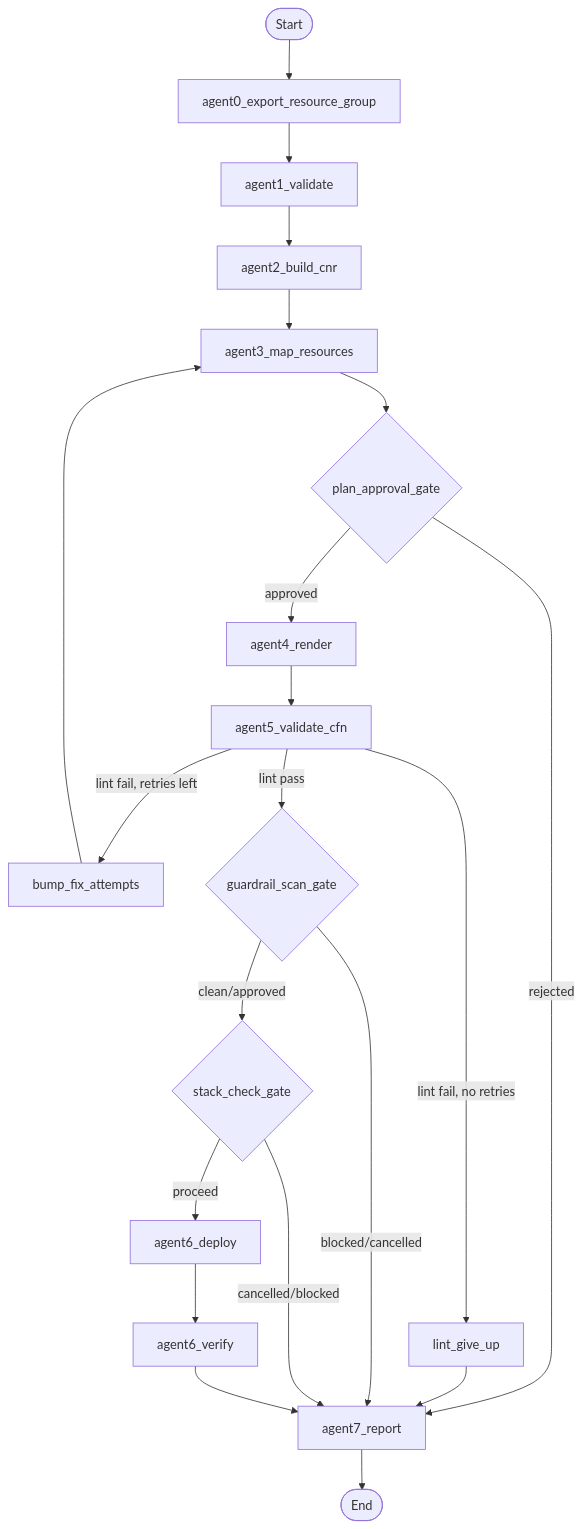
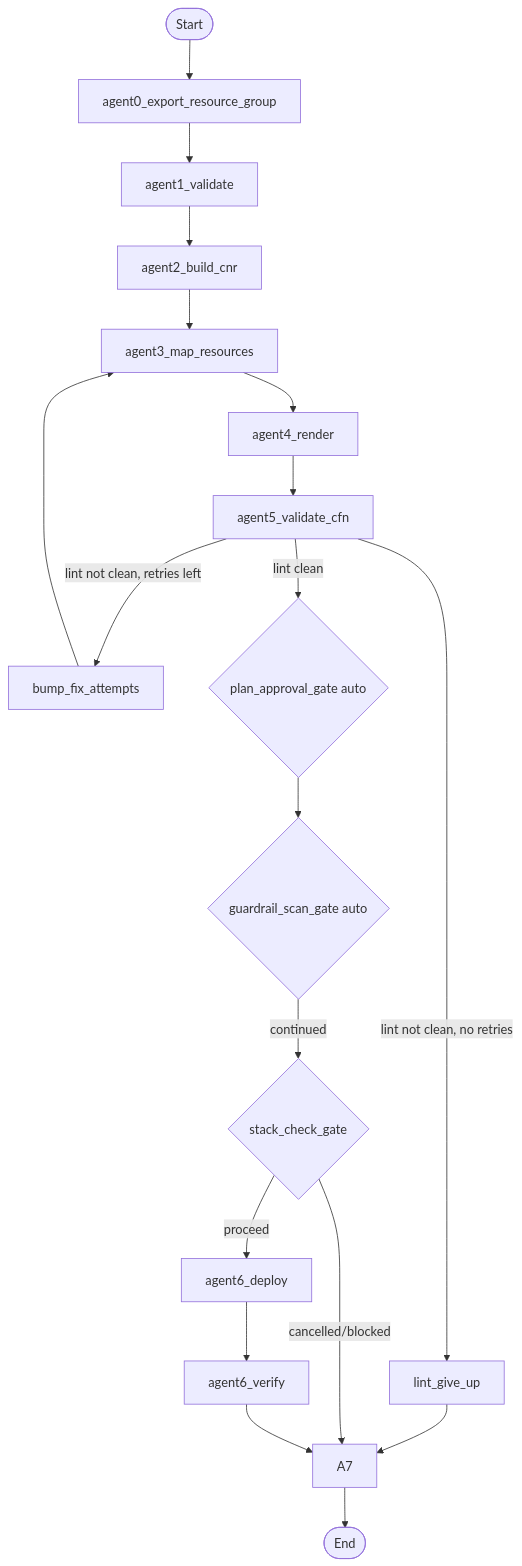
Before and after one commit to koppolu-teja-ness/AzuAws-main: the diagram in AGENTIC_WORKFLOW.md, drawn with Mermaid. The commit also changed other lines of this file and 8 other files, not shown here.

````diff
--- a/AGENTIC_WORKFLOW.md
+++ b/AGENTIC_WORKFLOW.md
@@ -23,23 +23,21 @@
 ```mermaid
 flowchart TD
     S([Start]) --> A0[agent0_export_resource_group]
     A0 --> A1[agent1_validate]
     A1 --> A2[agent2_build_cnr]
     A2 --> A3[agent3_map_resources]
-    A3 --> G1{plan_approval_gate}
-    G1 -->|approved| A4[agent4_render]
-    G1 -->|rejected| A7[agent7_report]
+    A3 --> A4[agent4_render]
     A4 --> A5[agent5_validate_cfn]
-    A5 -->|lint fail, retries left| B[bump_fix_attempts]
+    A5 -->|lint not clean, retries left| B[bump_fix_attempts]
     B --> A3
-    A5 -->|lint fail, no retries| L[lint_give_up]
+    A5 -->|lint not clean, no retries| L[lint_give_up]
     L --> A7
-    A5 -->|lint pass| G2{guardrail_scan_gate}
-    G2 -->|blocked/cancelled| A7
-    G2 -->|clean/approved| G3{stack_check_gate}
+    A5 -->|lint clean| G1{plan_approval_gate auto}
+    G1 --> G2{guardrail_scan_gate auto}
+    G2 -->|continued| G3{stack_check_gate}
     G3 -->|cancelled/blocked| A7
     G3 -->|proceed| A6[agent6_deploy]
     A6 --> V6[agent6_verify]
     V6 --> A7
     A7 --> E([End])
 ```
````
